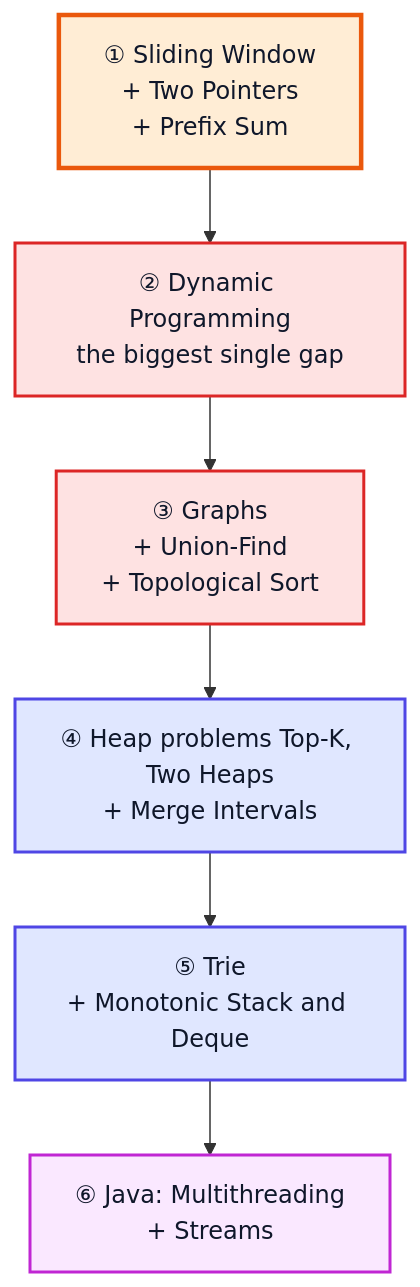
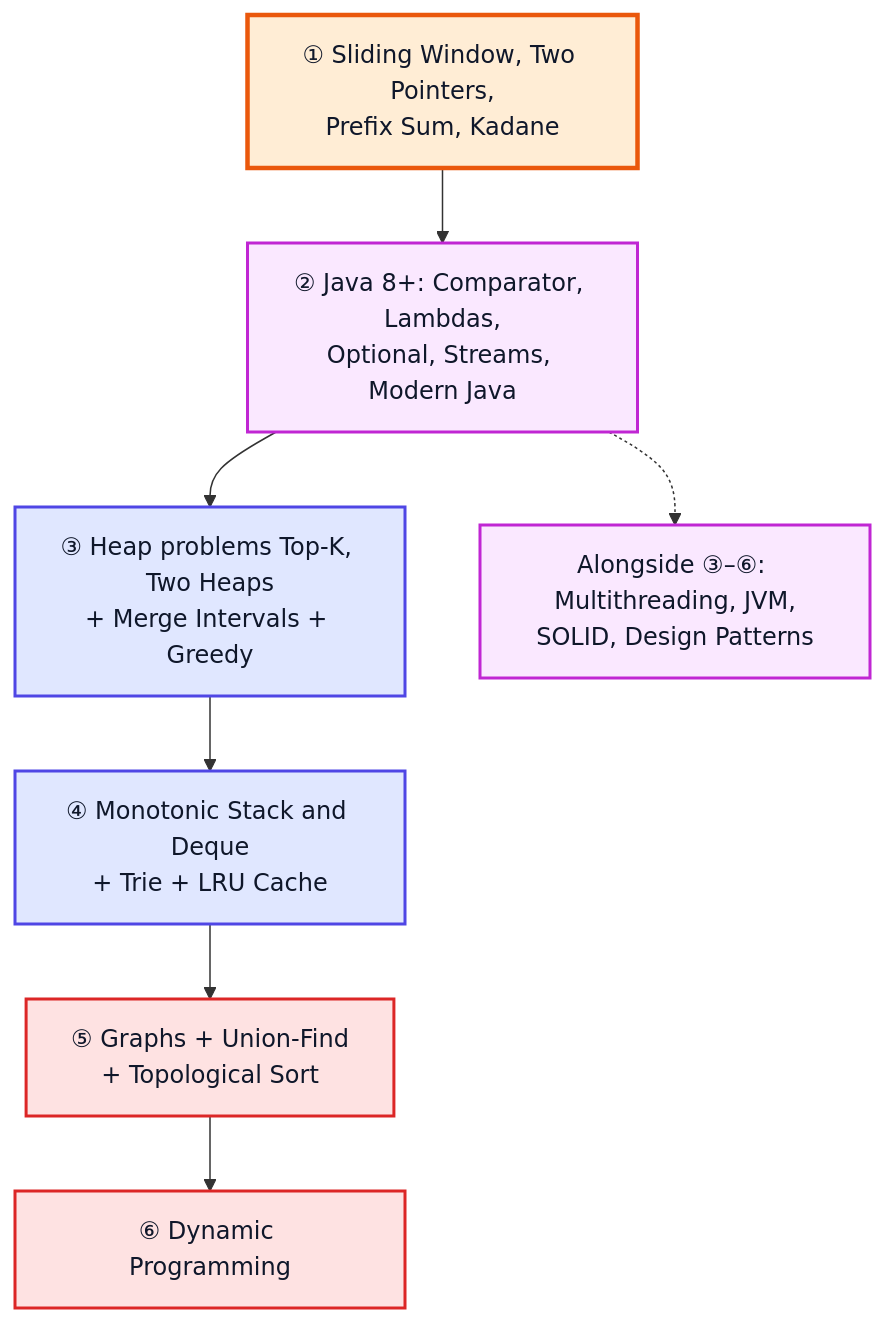
The diagram in topics_not_covered.md (sarthakm10/Java_Notes_Kunal_DSA_PlayList), drawn with Mermaid before and after one commit. The commit also changed other lines of this file and 23 other files, not shown here.

````diff
--- a/topics_not_covered.md
+++ b/topics_not_covered.md
@@ -81,14 +84,16 @@
 ```mermaid
 flowchart TD
-    A["① Sliding Window<br/>+ Two Pointers<br/>+ Prefix Sum"]:::highlight
-    B["② Dynamic Programming<br/>the biggest single gap"]:::bad
-    C["③ Graphs<br/>+ Union-Find<br/>+ Topological Sort"]:::bad
-    D["④ Heap problems Top-K, Two Heaps<br/>+ Merge Intervals"]:::process
-    E["⑤ Trie<br/>+ Monotonic Stack and Deque"]:::process
-    F["⑥ Java: Multithreading<br/>+ Streams"]:::io
+    A["① Sliding Window, Two Pointers,<br/>Prefix Sum, Kadane"]:::highlight
+    B["② Java 8+: Comparator, Lambdas,<br/>Optional, Streams, Modern Java"]:::io
+    C["③ Heap problems Top-K, Two Heaps<br/>+ Merge Intervals + Greedy"]:::process
+    D["④ Monotonic Stack and Deque<br/>+ Trie + LRU Cache"]:::process
+    E["⑤ Graphs + Union-Find<br/>+ Topological Sort"]:::bad
+    F["⑥ Dynamic Programming"]:::bad
+    G["Alongside ③–⑥: Multithreading, JVM,<br/>SOLID, Design Patterns"]:::io
     A --> B --> C --> D --> E --> F
+    B -.-> G
     classDef highlight fill:#ffedd5,stroke:#ea580c,stroke-width:3px,color:#0f172a
     classDef bad fill:#fee2e2,stroke:#dc2626,stroke-width:2px,color:#0f172a
     classDef process fill:#e0e7ff,stroke:#4f46e5,stroke-width:2px,color:#0f172a
     classDef io fill:#fae8ff,stroke:#c026d3,stroke-width:2px,color:#0f172a
 ```
````
